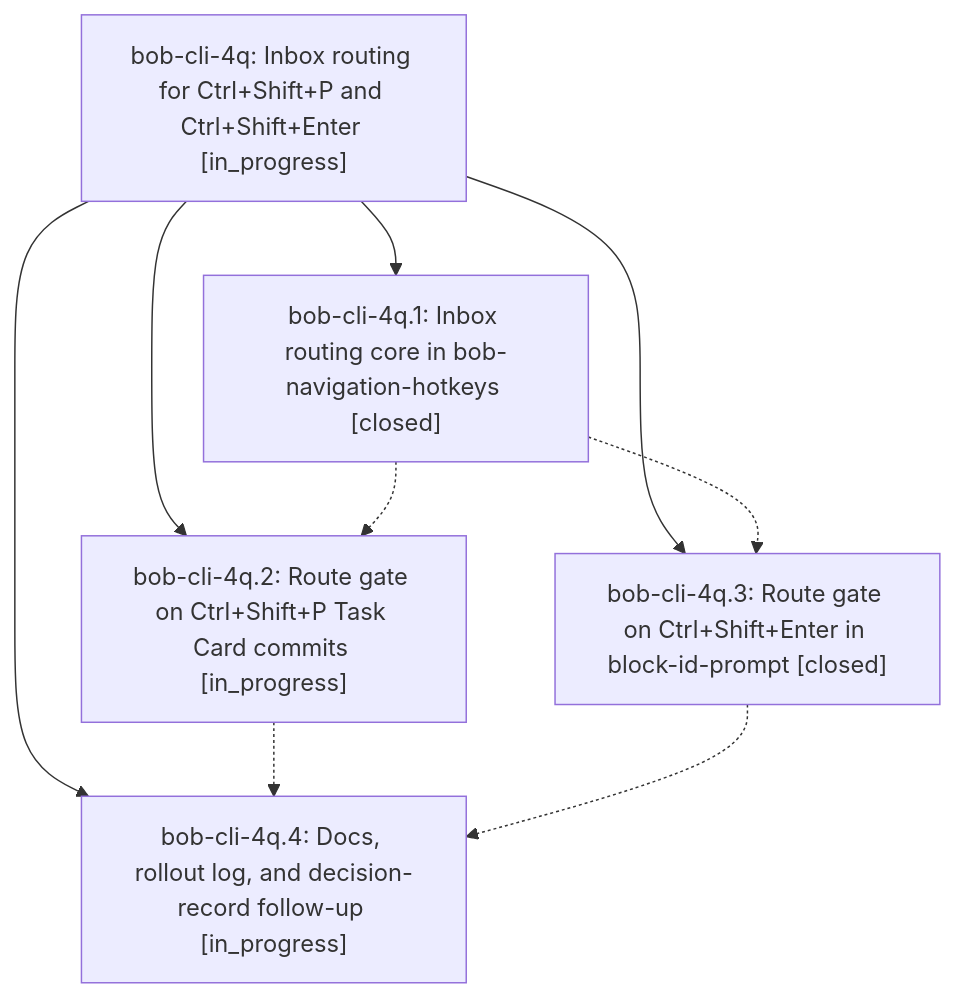
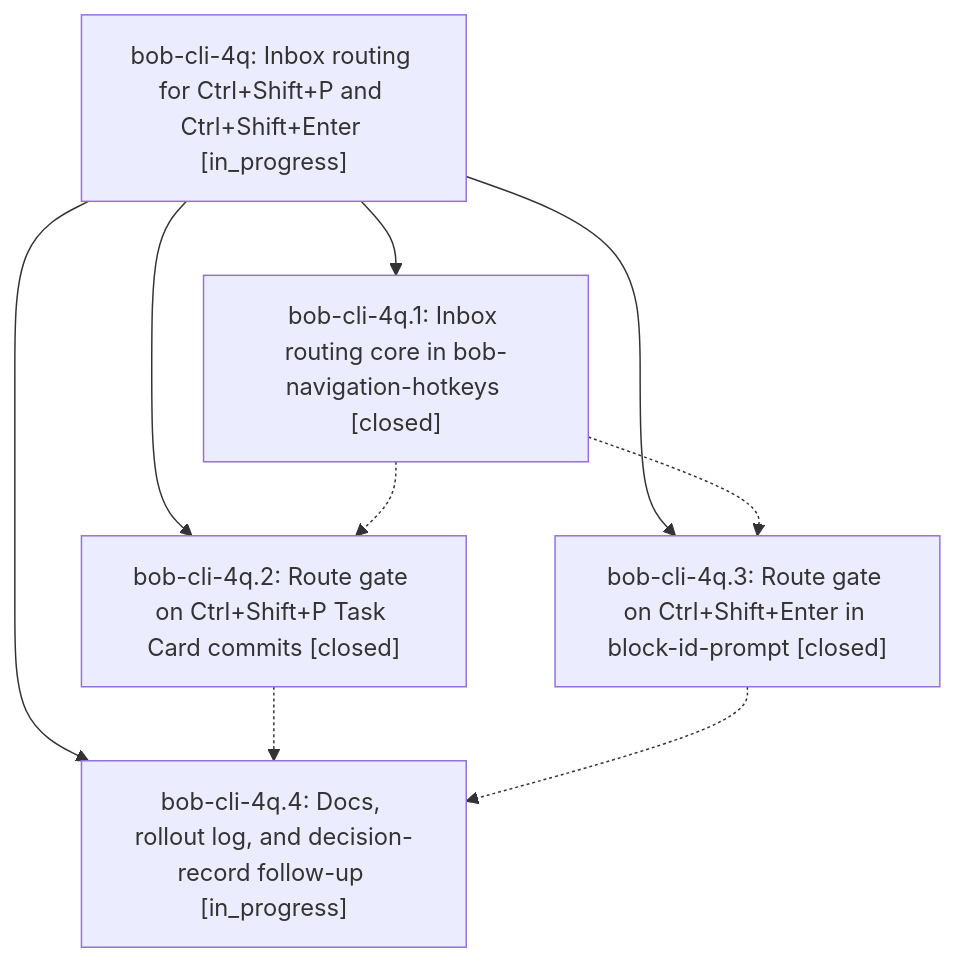
The diagram in pages/bob-cli-4q/README.md (bobs-org/bob-cli--beads), drawn with Mermaid before and after one commit. The commit also changed other lines of this file and 3 other files, not shown here.

First line of the commit message:
chore(beads): sync bead state and pages for bob-cli-4q

````diff
--- a/pages/bob-cli-4q/README.md
+++ b/pages/bob-cli-4q/README.md
@@ -25,16 +25,16 @@
 ```mermaid
 flowchart TD
     n0["bob-cli-4q: Inbox routing for Ctrl+Shift+P and Ctrl+Shift+Enter [in_progress]"]
     n1["bob-cli-4q.1: Inbox routing core in bob-navigation-hotkeys [closed]"]
-    n2["bob-cli-4q.2: Route gate on Ctrl+Shift+P Task Card commits [in_progress]"]
+    n2["bob-cli-4q.2: Route gate on Ctrl+Shift+P Task Card commits [closed]"]
     n3["bob-cli-4q.3: Route gate on Ctrl+Shift+Enter in block-id-prompt [closed]"]
     n4["bob-cli-4q.4: Docs, rollout log, and decision-record follow-up [in_progress]"]
     n0 --> n1
     n0 --> n2
     n0 --> n3
     n0 --> n4
     n1 -.-> n2
     n1 -.-> n3
     n2 -.-> n4
     n3 -.-> n4
 ```
````
